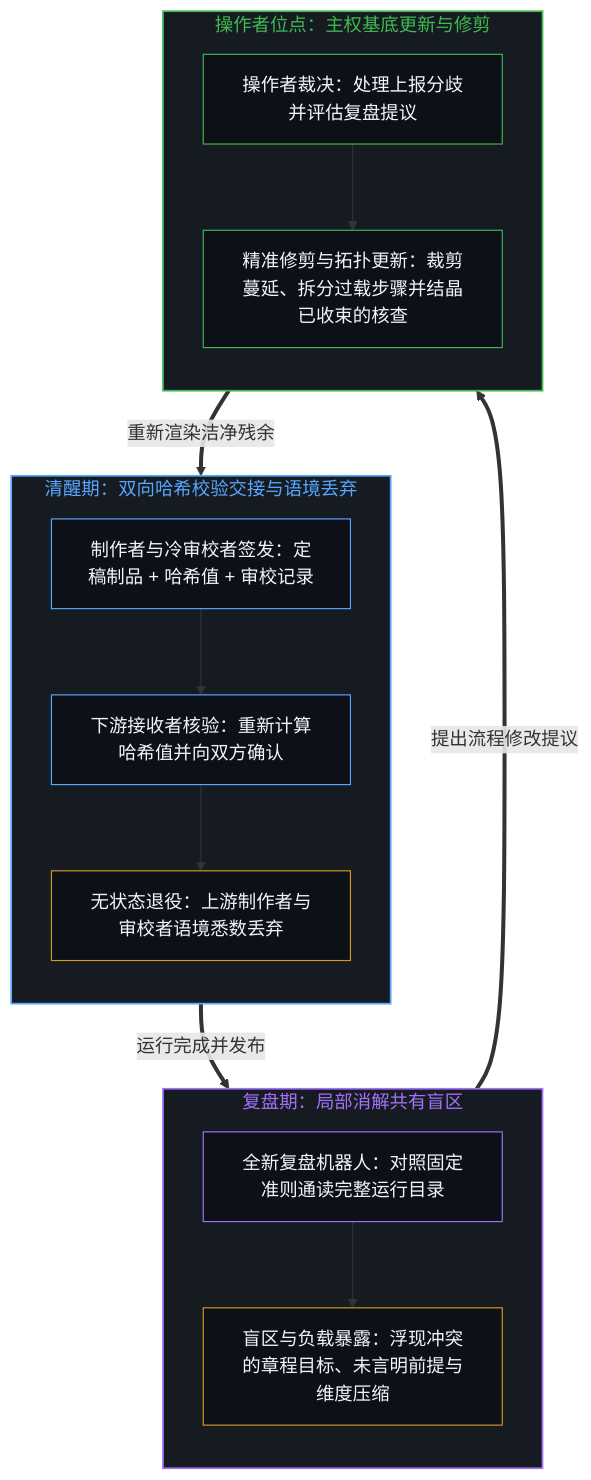
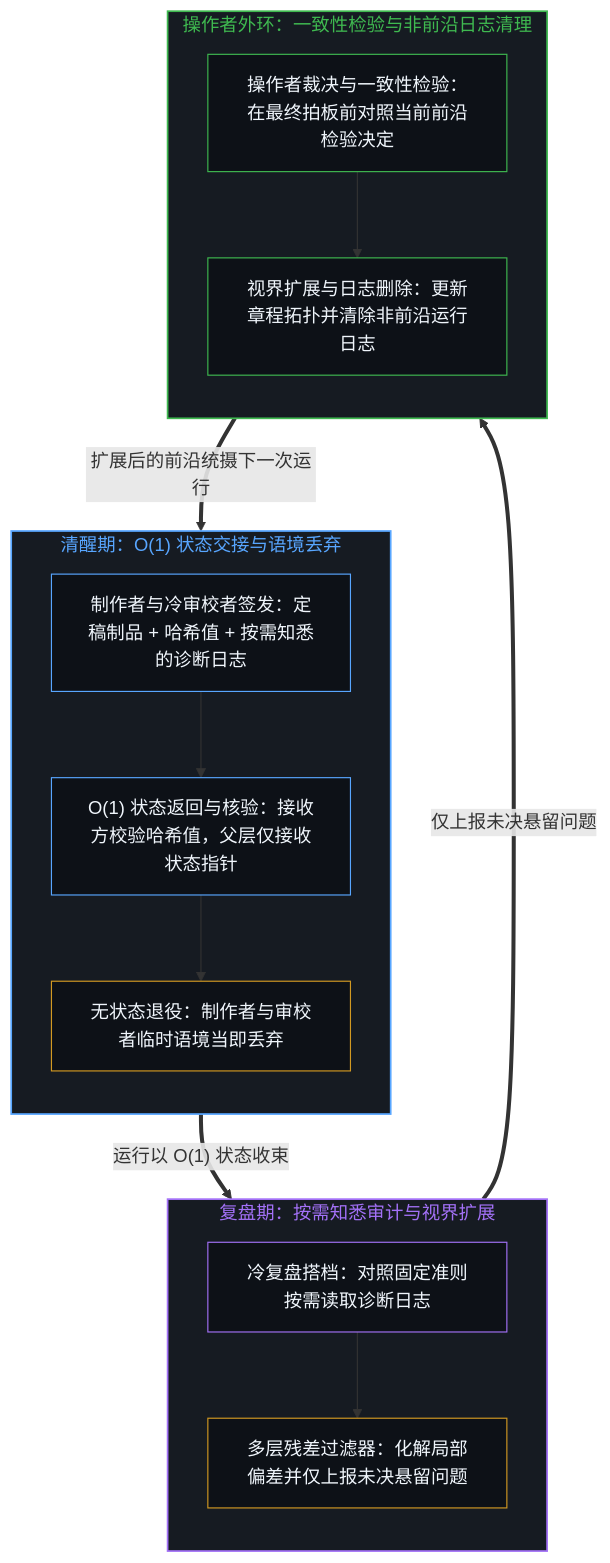
The third of 4 diagrams in content/posts/on-demand-contexts-keep-coherence-at-one-step.md (powerpig99/not-a-toe), drawn with Mermaid before and after one commit. The commit also changed other lines of this file and 13 other files, not shown here.

````diff
--- a/content/posts/on-demand-contexts-keep-coherence-at-one-step.md
+++ b/content/posts/on-demand-contexts-keep-coherence-at-one-step.md
@@ -121,35 +121,35 @@
 ```mermaid
 flowchart TD
-    subgraph S_Wake["清醒期：双向哈希校验交接与语境丢弃"]
+    subgraph S_Wake["清醒期：O(1) 状态交接与语境丢弃"]
         direction TB
-        Sign["制作者与冷审校者签发：定稿制品 + 哈希值 + 审校记录"]
-        Verify["下游接收者核验：重新计算哈希值并向双方确认"]
-        Drop["无状态退役：上游制作者与审校者语境悉数丢弃"]
+        Sign["制作者与冷审校者签发：定稿制品 + 哈希值 + 按需知悉的诊断日志"]
+        Verify["O(1) 状态返回与核验：接收方校验哈希值，父层仅接收状态指针"]
+        Drop["无状态退役：制作者与审校者临时语境当即丢弃"]
         Sign --> Verify --> Drop
     end
-    subgraph S_Recap["复盘期：局部消解共有盲区"]
+    subgraph S_Recap["复盘期：按需知悉审计与视界扩展"]
         direction TB
-        ReadRun["全新复盘机器人：对照固定准则通读完整运行目录"]
-        Expose["盲区与负载暴露：浮现冲突的章程目标、未言明前提与维度压缩"]
+        ReadRun["冷复盘搭档：对照固定准则按需读取诊断日志"]
+        Expose["多层残差过滤器：化解局部偏差并仅上报未决悬留问题"]
         ReadRun --> Expose
     end
-    subgraph S_Operator["操作者位点：主权基底更新与修剪"]
+    subgraph S_Operator["操作者外环：一致性检验与非前沿日志清理"]
         direction TB
-        Decide["操作者裁决：处理上报分歧并评估复盘提议"]
-        Prune["精准修剪与拓扑更新：裁剪蔓延、拆分过载步骤并结晶已收束的核查"]
+        Decide["操作者裁决与一致性检验：在最终拍板前对照当前前沿检验决定"]
+        Prune["视界扩展与日志删除：更新章程拓扑并清除非前沿运行日志"]
         Decide --> Prune
     end
-    Drop ==>|"运行完成并发布"| ReadRun
-    Expose ==>|"提出流程修改提议"| Decide
-    Prune ==>|"重新渲染洁净残余"| Sign
+    Drop ==>|"运行以 O(1) 状态收束"| ReadRun
+    Expose ==>|"仅上报未决悬留问题"| Decide
+    Prune ==>|"扩展后的前沿统摄下一次运行"| Sign
     style S_Wake fill:#161b22,stroke:#58a6ff,stroke-width:1.5px,color:#58a6ff
     style S_Recap fill:#161b22,stroke:#a371f7,stroke-width:1.5px,color:#a371f7
     style S_Operator fill:#161b22,stroke:#3fb950,stroke-width:1.5px,color:#3fb950
     style Sign fill:#0d1117,stroke:#58a6ff,stroke-width:1px,color:#f0f6fc
     style Verify fill:#0d1117,stroke:#58a6ff,stroke-width:1px,color:#f0f6fc
     style Drop fill:#0d1117,stroke:#d29922,stroke-width:1px,color:#f0f6fc
     style ReadRun fill:#0d1117,stroke:#a371f7,stroke-width:1px,color:#f0f6fc
     style Expose fill:#0d1117,stroke:#d29922,stroke-width:1px,color:#f0f6fc
     style Decide fill:#0d1117,stroke:#3fb950,stroke-width:1px,color:#f0f6fc
     style Prune fill:#0d1117,stroke:#3fb950,stroke-width:1px,color:#f0f6fc
 ```
````
